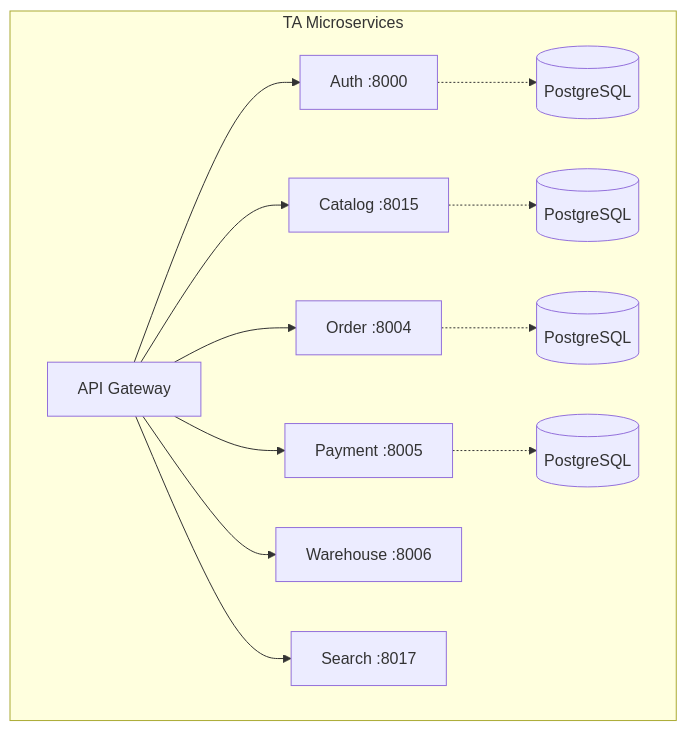
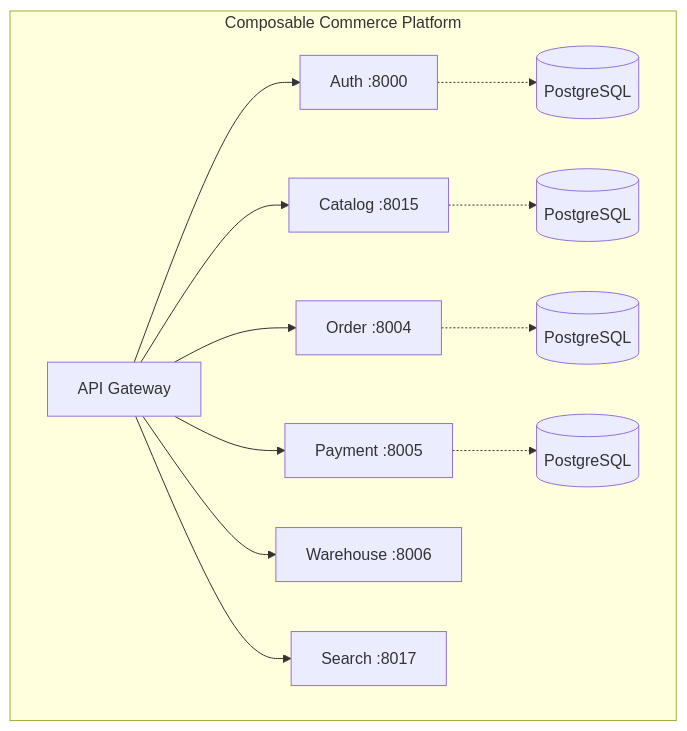
One commit to vesviet/Composable-Commerce-Service-Architecture changed the first of 2 diagrams in 01-architecture/platform-comparison-wc-shopify-magento.md. Above: the diagram before and after it, drawn with Mermaid. The commit also changed other lines of this file and 1 other file, not shown here.

First line of the commit message:
docs: rename 'TA Microservices' → 'Composable Commerce Platform'

````diff
--- a/01-architecture/platform-comparison-wc-shopify-magento.md
+++ b/01-architecture/platform-comparison-wc-shopify-magento.md
@@ -25,15 +25,15 @@
 ```mermaid
 graph TB
-    subgraph "TA Microservices"
+    subgraph "Composable Commerce Platform"
         GW[API Gateway] --> AUTH[Auth :8000]
         GW --> CAT[Catalog :8015]
         GW --> ORD[Order :8004]
         GW --> PAY[Payment :8005]
         GW --> WH[Warehouse :8006]
         GW --> SRCH[Search :8017]
         AUTH -.-> DB1[(PostgreSQL)]
         CAT -.-> DB2[(PostgreSQL)]
         ORD -.-> DB3[(PostgreSQL)]
         PAY -.-> DB4[(PostgreSQL)]
     end
 ```
````
